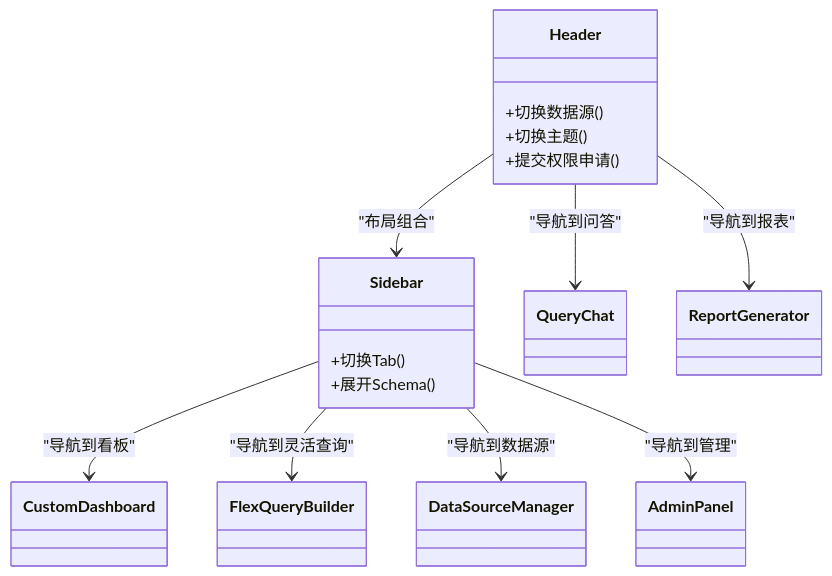
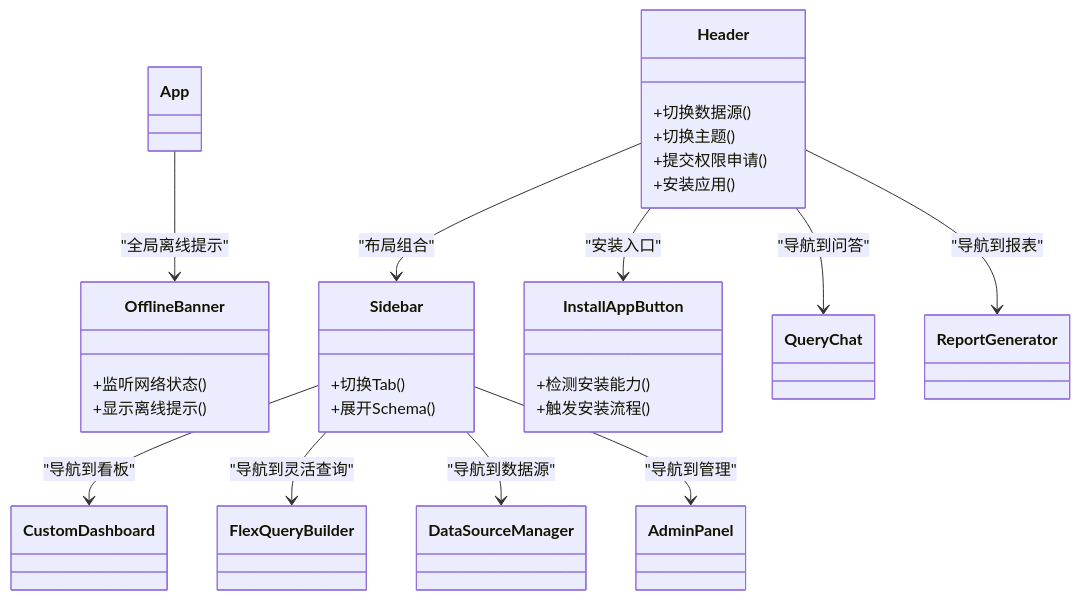
One commit to dgjin/smart-data-analytics changed the sixth of 9 diagrams in .qoder/repowiki/zh/content/前端应用/应用架构设计.md. Above: the diagram before and after it, drawn with Mermaid. The commit also changed other lines of this file and 146 other files, not shown here.

````diff
--- a/.qoder/repowiki/zh/content/前端应用/应用架构设计.md
+++ b/.qoder/repowiki/zh/content/前端应用/应用架构设计.md
@@ -193,25 +289,36 @@
 ```mermaid
 classDiagram
 class Header {
 +切换数据源()
 +切换主题()
 +提交权限申请()
++安装应用()
 }
 class Sidebar {
 +切换Tab()
 +展开Schema()
+}
+class OfflineBanner {
++监听网络状态()
++显示离线提示()
+}
+class InstallAppButton {
++检测安装能力()
++触发安装流程()
 }
 class QueryChat
 class CustomDashboard
 class FlexQueryBuilder
 class ReportGenerator
 class DataSourceManager
 class AdminPanel
 Header --> Sidebar : "布局组合"
+Header --> InstallAppButton : "安装入口"
 Header --> QueryChat : "导航到问答"
 Header --> ReportGenerator : "导航到报表"
 Sidebar --> CustomDashboard : "导航到看板"
 Sidebar --> FlexQueryBuilder : "导航到灵活查询"
 Sidebar --> DataSourceManager : "导航到数据源"
 Sidebar --> AdminPanel : "导航到管理"
+App --> OfflineBanner : "全局离线提示"
 ```
````
